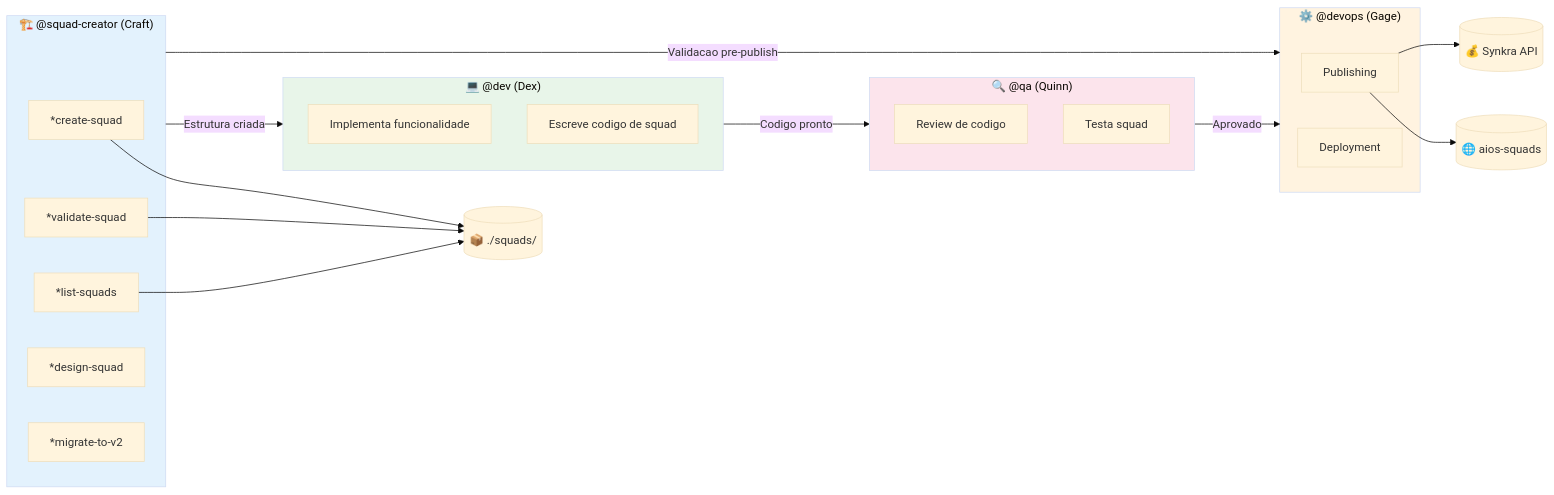
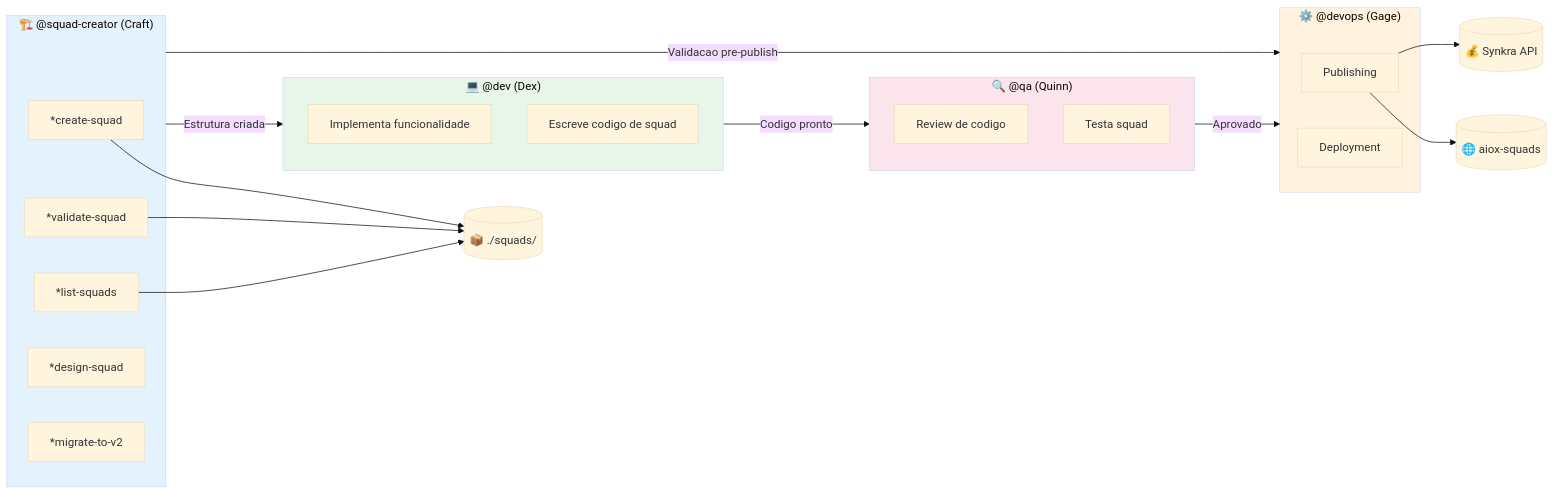
The fifth of 6 diagrams in docs/guides/agents/SQUAD-CREATOR-SYSTEM.md (brunajunckes/aiox-core), drawn with Mermaid (base theme) before and after one commit. The commit also changed other lines of this file and 3446 other files, not shown here.

First line of the commit message:
chore: rebrand aios → aiox across entire codebase (#552)

````diff
--- a/docs/guides/agents/SQUAD-CREATOR-SYSTEM.md
+++ b/docs/guides/agents/SQUAD-CREATOR-SYSTEM.md
@@ -427,45 +427,45 @@
 ```mermaid
 flowchart LR
     subgraph SQUAD_CREATOR["🏗️ @squad-creator (Craft)"]
         SC_CREATE["*create-squad"]
         SC_VALIDATE["*validate-squad"]
         SC_LIST["*list-squads"]
         SC_DESIGN["*design-squad"]
         SC_MIGRATE["*migrate-to-v2"]
     end
 
     subgraph DEV["💻 @dev (Dex)"]
         DEV_IMPL["Implementa funcionalidade"]
         DEV_CODE["Escreve codigo de squad"]
     end
 
     subgraph QA["🔍 @qa (Quinn)"]
         QA_REVIEW["Review de codigo"]
         QA_TEST["Testa squad"]
     end
 
     subgraph DEVOPS["⚙️ @devops (Gage)"]
         DEVOPS_PUB["Publishing"]
         DEVOPS_DEPLOY["Deployment"]
     end
 
     SQUAD_CREATOR -->|"Estrutura criada"| DEV
     DEV -->|"Codigo pronto"| QA
     QA -->|"Aprovado"| DEVOPS
     SQUAD_CREATOR -->|"Validacao pre-publish"| DEVOPS
 
     SQUADS[("📦 ./squads/")]
-    AIOS_SQUADS[("🌐 aios-squads")]
+    AIOX_SQUADS[("🌐 aiox-squads")]
     SYNKRA[("💰 Synkra API")]
 
     SC_CREATE --> SQUADS
     SC_VALIDATE --> SQUADS
     SC_LIST --> SQUADS
-    DEVOPS_PUB --> AIOS_SQUADS
+    DEVOPS_PUB --> AIOX_SQUADS
     DEVOPS_PUB --> SYNKRA
 
     style SQUAD_CREATOR fill:#e3f2fd
     style DEV fill:#e8f5e9
     style QA fill:#fce4ec
     style DEVOPS fill:#fff3e0
 ```
````
